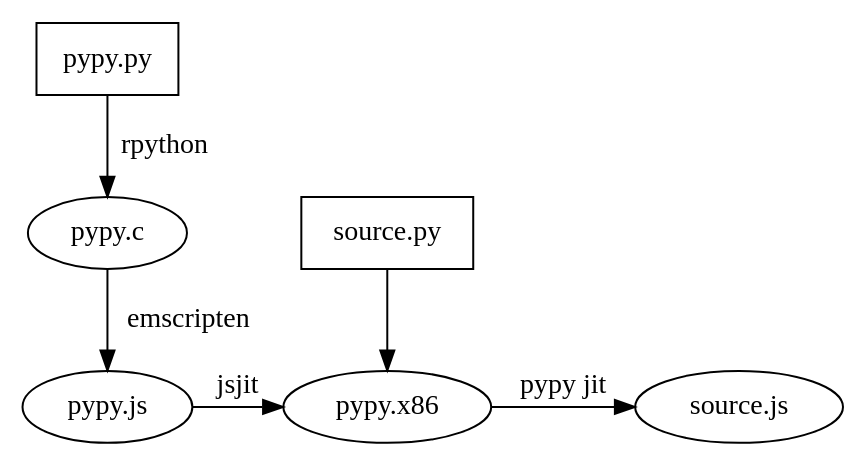
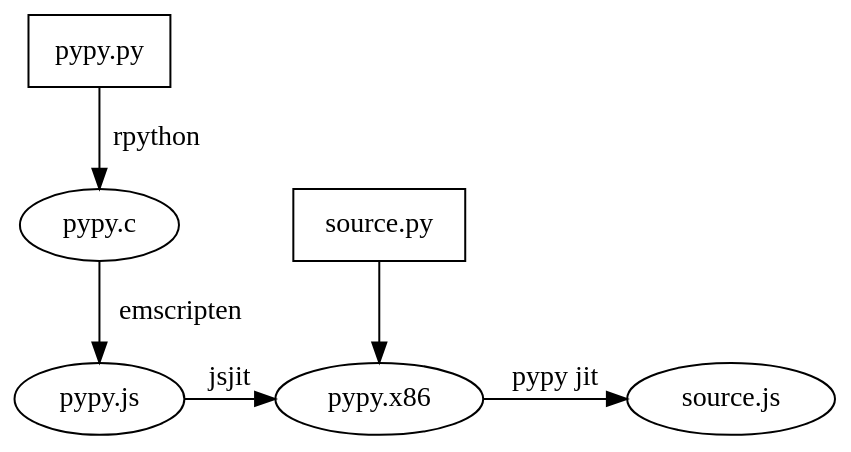
Before and after one commit to albertjan/pypyjs-presentation: the diagram in graphs/compiler-wtf2.dot, drawn with Graphviz. The commit also changed 11 other files, not shown here.

Commit message:
graph backgrounds transparent

```diff
--- a/graphs/compiler-wtf2.dot
+++ b/graphs/compiler-wtf2.dot
@@ -1,10 +1,11 @@
 digraph G {
+  graph [bgcolor=transparent]
   "pypy.py" [shape=box];
   "pypy.py" -> "pypy.c" [label=rpython];
   "pypy.c" -> "pypy.js" [label=emscripten];
   "pypy.js" -> "pypy.x86" [label=jsjit];
   "source.py" [shape=box];
   "source.py" -> "pypy.x86";
   "pypy.x86" -> "source.js" [label="pypy jit"];
   {rank = same; "pypy.js"[group=g1]; "pypy.x86"[group=g2]; "source.js"[group=g3];}
 }
```
